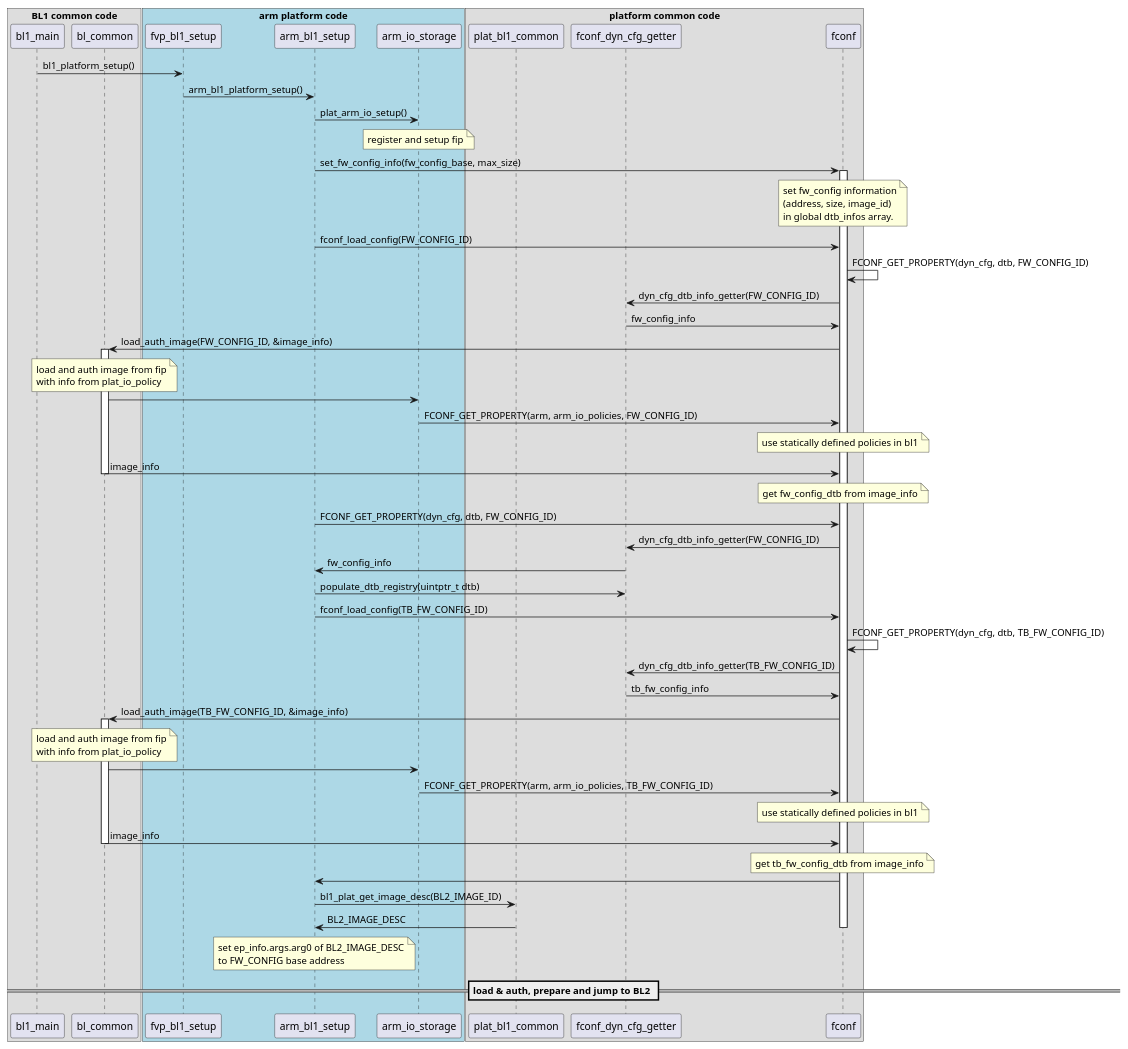
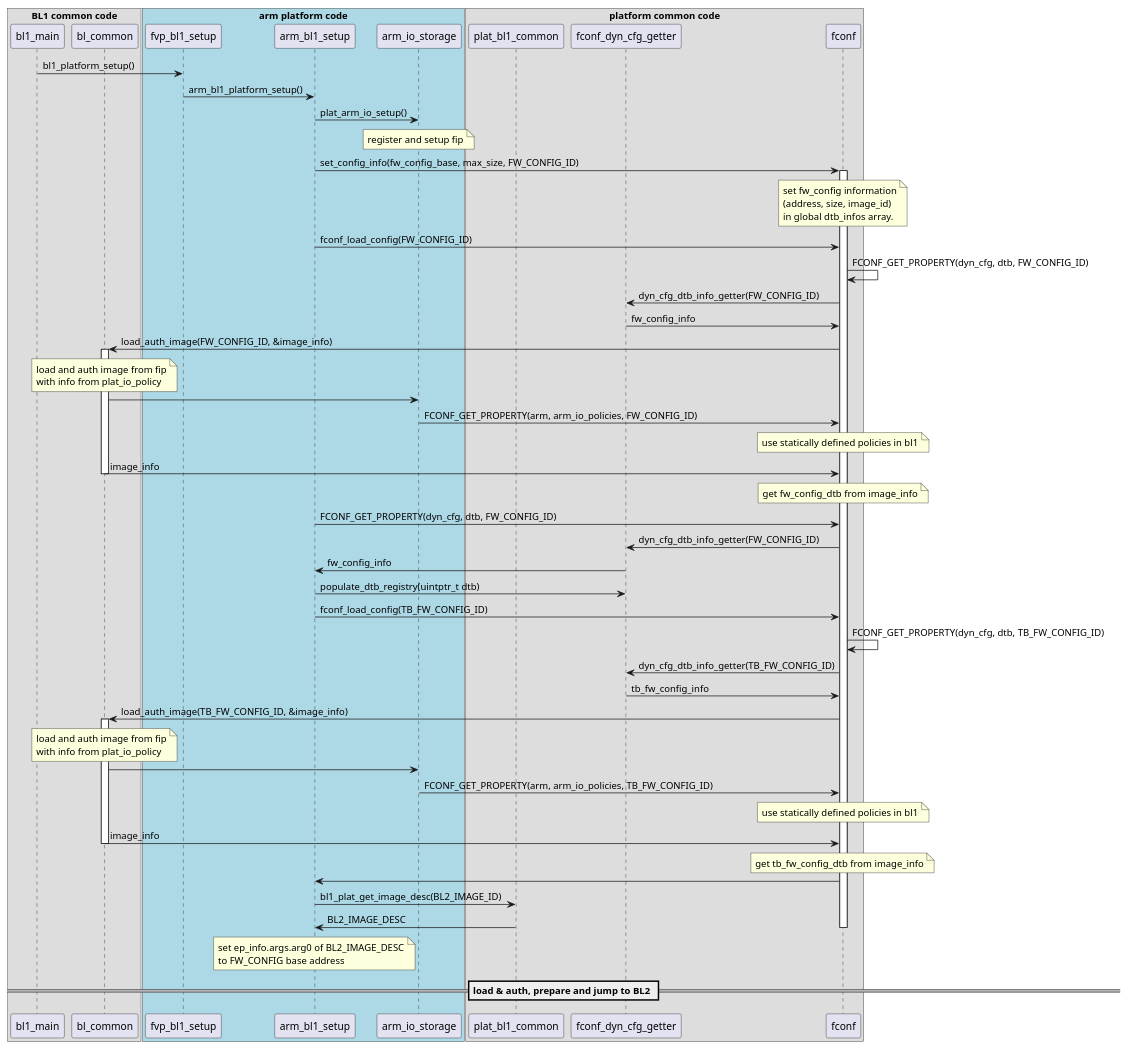
The diagram in docs/resources/diagrams/plantuml/fconf_bl1_load_config.puml (BPI-SINOVOIP/arm-trusted-firmware), drawn with PlantUML before and after one commit. The commit also changed 2329 other files, not shown here.

```diff
--- a/docs/resources/diagrams/plantuml/fconf_bl1_load_config.puml
+++ b/docs/resources/diagrams/plantuml/fconf_bl1_load_config.puml
@@ -1,78 +1,78 @@
 @startuml
 
 box "BL1 common code"
 	participant bl1_main
 	participant bl_common
 end box
 
 box "arm platform code" #LightBlue
 	participant fvp_bl1_setup
 	participant arm_bl1_setup
 	participant arm_io_storage
 end box
 
 box "platform common code"
 	participant plat_bl1_common
 	participant fconf_dyn_cfg_getter
 	participant fconf
 end box
 
 bl1_main -> fvp_bl1_setup : bl1_platform_setup()
 fvp_bl1_setup -> arm_bl1_setup : arm_bl1_platform_setup()
 arm_bl1_setup -> arm_io_storage : plat_arm_io_setup()
 note over arm_io_storage : register and setup fip
-arm_bl1_setup -> fconf : set_fw_config_info(fw_config_base, max_size)
+arm_bl1_setup -> fconf : set_config_info(fw_config_base, max_size, FW_CONFIG_ID)
 note over fconf
 	set fw_config information
 	(address, size, image_id)
 	in global dtb_infos array.
 end note
 activate fconf
 	arm_bl1_setup -> fconf : fconf_load_config(FW_CONFIG_ID)
 	fconf -> fconf : FCONF_GET_PROPERTY(dyn_cfg, dtb, FW_CONFIG_ID)
 	fconf -> fconf_dyn_cfg_getter: dyn_cfg_dtb_info_getter(FW_CONFIG_ID)
 	fconf_dyn_cfg_getter -> fconf: fw_config_info
 	fconf -> bl_common : load_auth_image(FW_CONFIG_ID, &image_info)
 	activate bl_common
 	note over bl_common
 		load and auth image from fip
 		with info from plat_io_policy
 	end note
 	bl_common -> arm_io_storage
 	arm_io_storage -> fconf: FCONF_GET_PROPERTY(arm, arm_io_policies, FW_CONFIG_ID)
 	note over fconf: use statically defined policies in bl1
 	fconf <- bl_common : image_info
 	deactivate bl_common
 	note over fconf : get fw_config_dtb from image_info
 	arm_bl1_setup -> fconf: FCONF_GET_PROPERTY(dyn_cfg, dtb, FW_CONFIG_ID)
 	fconf -> fconf_dyn_cfg_getter: dyn_cfg_dtb_info_getter(FW_CONFIG_ID)
 	fconf_dyn_cfg_getter -> arm_bl1_setup: fw_config_info
 	arm_bl1_setup -> fconf_dyn_cfg_getter: populate_dtb_registry(uintptr_t dtb)
 	arm_bl1_setup -> fconf: fconf_load_config(TB_FW_CONFIG_ID)
 	fconf -> fconf : FCONF_GET_PROPERTY(dyn_cfg, dtb, TB_FW_CONFIG_ID)
 	fconf -> fconf_dyn_cfg_getter: dyn_cfg_dtb_info_getter(TB_FW_CONFIG_ID)
 	fconf_dyn_cfg_getter -> fconf: tb_fw_config_info
 	fconf -> bl_common : load_auth_image(TB_FW_CONFIG_ID, &image_info)
 	activate bl_common
 	note over bl_common
 		load and auth image from fip
 		with info from plat_io_policy
 	end note
 	bl_common -> arm_io_storage
 	arm_io_storage -> fconf: FCONF_GET_PROPERTY(arm, arm_io_policies, TB_FW_CONFIG_ID)
 	note over fconf: use statically defined policies in bl1
 	fconf <- bl_common : image_info
 	deactivate bl_common
 	note over fconf : get tb_fw_config_dtb from image_info
 	fconf -> arm_bl1_setup
 	arm_bl1_setup -> plat_bl1_common : bl1_plat_get_image_desc(BL2_IMAGE_ID)
 	arm_bl1_setup <- plat_bl1_common : BL2_IMAGE_DESC
 	note over arm_bl1_setup
 	set ep_info.args.arg0 of BL2_IMAGE_DESC
 	to FW_CONFIG base address
 	end note
 deactivate fconf
 
 == load & auth, prepare and jump to BL2 ==
 
 @enduml
```
